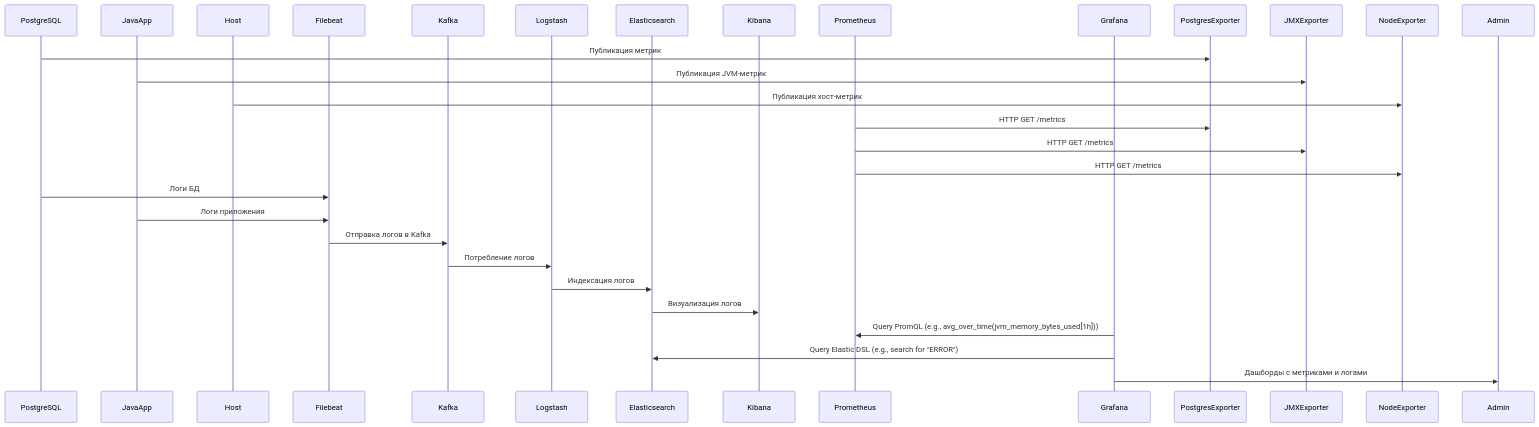
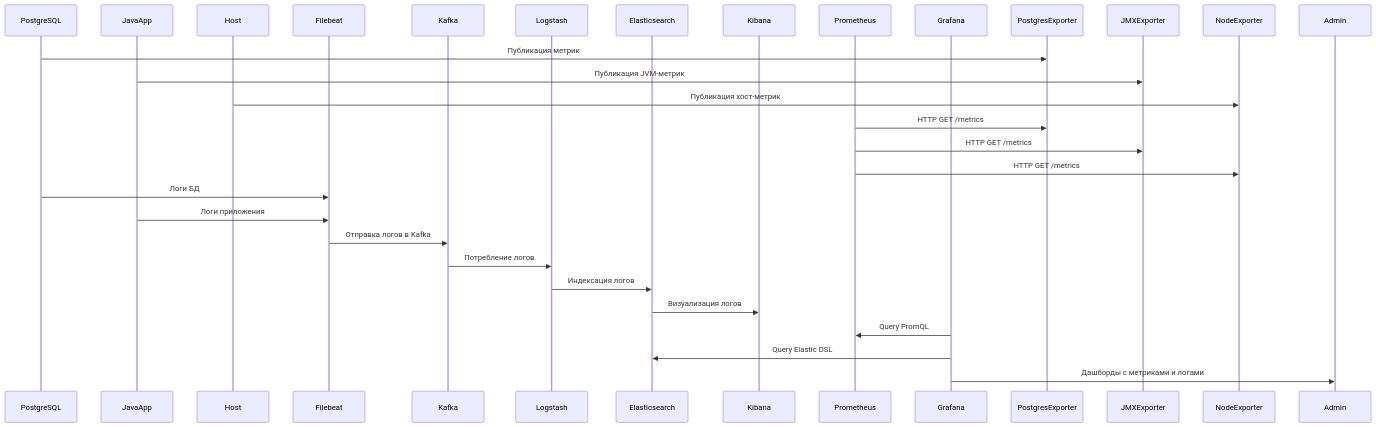
Before and after one commit to lamjob1993/linux-monitoring: the diagram in Introduction_monitoring/README.md, drawn with Mermaid.

````diff
--- a/Introduction_monitoring/README.md
+++ b/Introduction_monitoring/README.md
@@ -43,38 +43,38 @@
 ```mermaid
 sequenceDiagram
     participant PostgreSQL
     participant JavaApp
     participant Host
     participant Filebeat
     participant Kafka
     participant Logstash
     participant Elasticsearch
     participant Kibana
     participant Prometheus
     participant Grafana
 
     %% Сбор метрик
     PostgreSQL->>PostgresExporter: Публикация метрик
     JavaApp->>JMXExporter: Публикация JVM-метрик
     Host->>NodeExporter: Публикация хост-метрик
 
     %% Prometheus забирает метрики
     Prometheus->>PostgresExporter: HTTP GET /metrics
     Prometheus->>JMXExporter: HTTP GET /metrics
     Prometheus->>NodeExporter: HTTP GET /metrics
 
     %% Сбор логов
     PostgreSQL->>Filebeat: Логи БД
     JavaApp->>Filebeat: Логи приложения
     Filebeat->>Kafka: Отправка логов в Kafka
 
     %% Обработка логов через ELK
     Kafka->>Logstash: Потребление логов
     Logstash->>Elasticsearch: Индексация логов
     Elasticsearch->>Kibana: Визуализация логов
 
     %% Визуализация и оповещение
-    Grafana->>Prometheus: Query PromQL (e.g., avg_over_time(jvm_memory_bytes_used[1h]))
-    Grafana->>Elasticsearch: Query Elastic DSL (e.g., search for "ERROR")
+    Grafana->>Prometheus: Query PromQL
+    Grafana->>Elasticsearch: Query Elastic DSL
     Grafana->>Admin: Дашборды с метриками и логами
 ```
````
